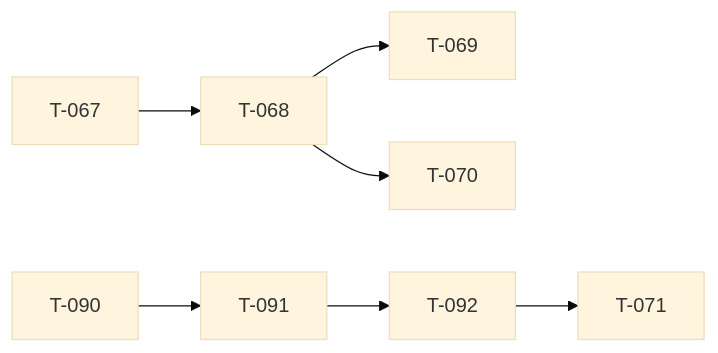
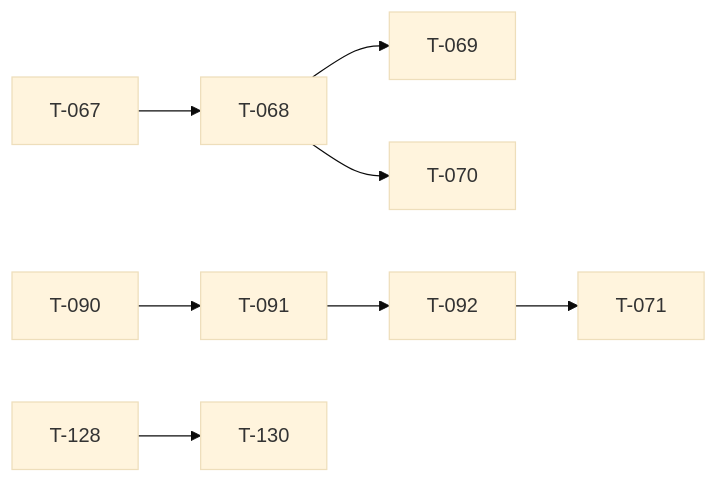
One commit to darkforce09/TBD-reforger changed the diagram in docs/TICKET_LEAD.md. Above: the diagram before and after it, drawn with Mermaid (base theme). The commit also changed other lines of this file and 15 other files, not shown here.

````diff
--- a/docs/TICKET_LEAD.md
+++ b/docs/TICKET_LEAD.md
@@ -30,9 +31,10 @@
 ```mermaid
 flowchart LR
   T067[T-067] --> T068[T-068]
   T068[T-068] --> T069[T-069]
   T068[T-068] --> T070[T-070]
   T092[T-092] --> T071[T-071]
   T090[T-090] --> T091[T-091]
   T091[T-091] --> T092[T-092]
+  T128[T-128] --> T130[T-130]
 ```
````
